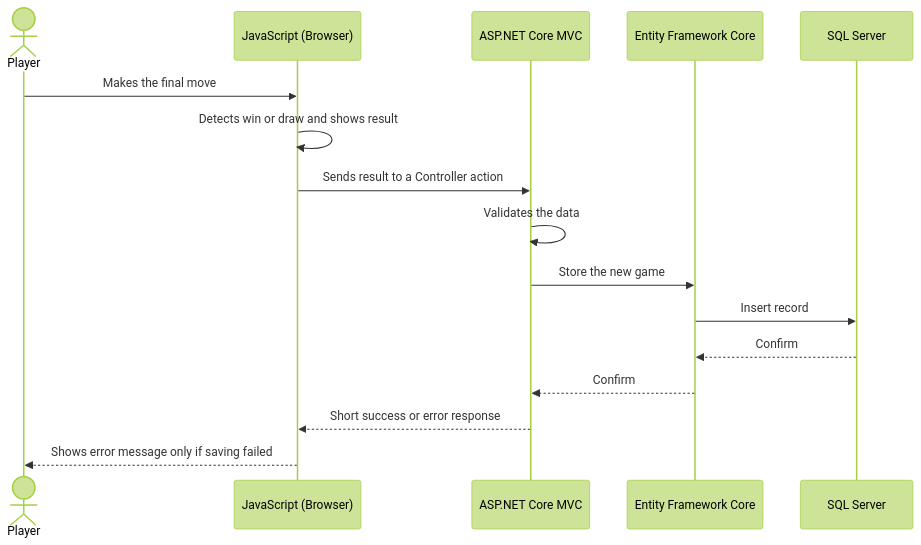
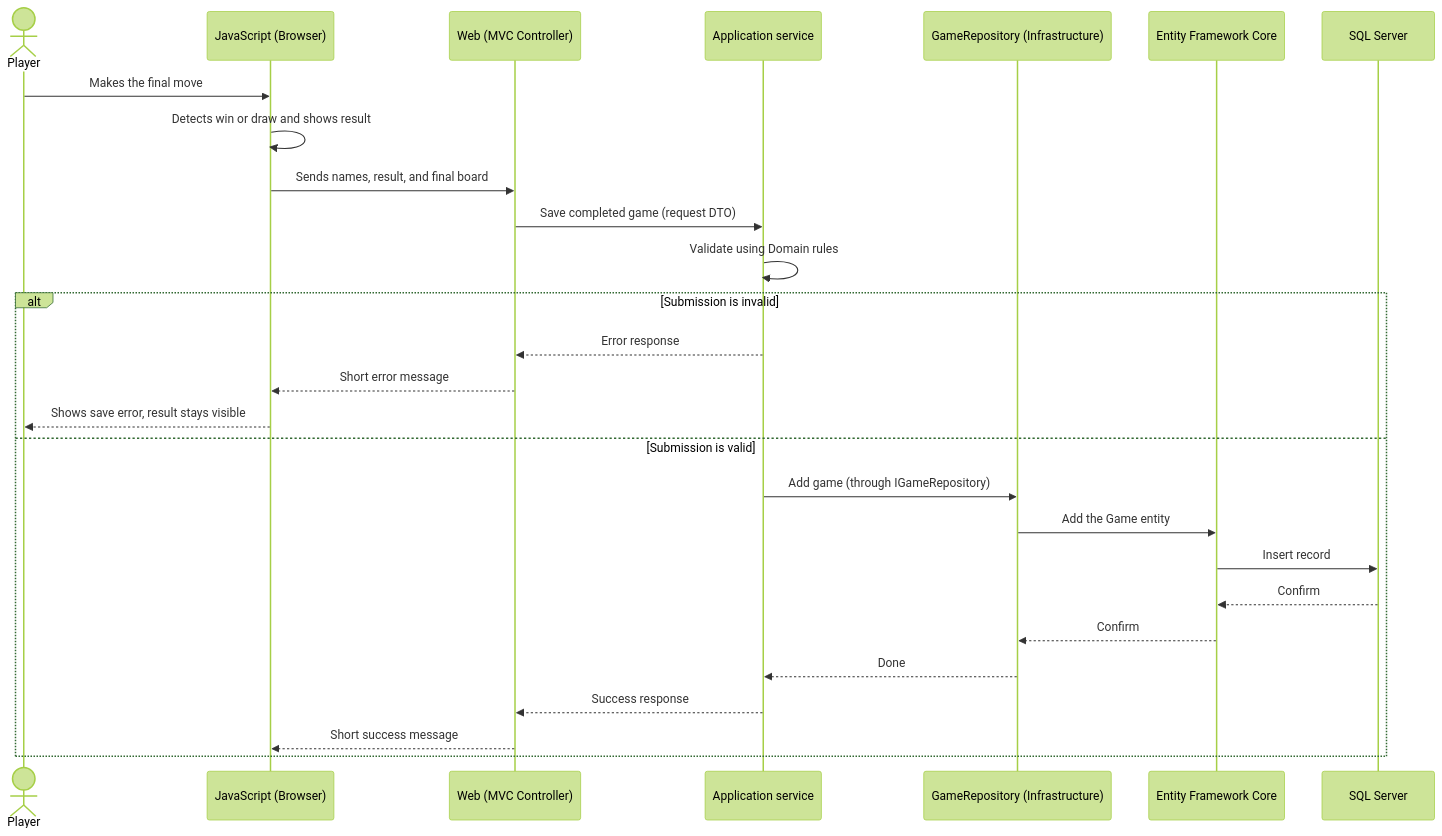
The fourth of 4 diagrams in docs/TechStack.md (phaticroman/TicTacToe), drawn with Mermaid (forest theme) before and after one commit. The commit also changed other lines of this file and 1 other file, not shown here.

````diff
--- a/docs/TechStack.md
+++ b/docs/TechStack.md
@@ -389,19 +463,30 @@
 ```mermaid
 sequenceDiagram
     actor Player
     participant JS as JavaScript (Browser)
-    participant MVC as ASP.NET Core MVC
+    participant Web as Web (MVC Controller)
+    participant App as Application service
+    participant Repo as GameRepository (Infrastructure)
     participant EF as Entity Framework Core
     participant DB as SQL Server
 
     Player->>JS: Makes the final move
     JS->>JS: Detects win or draw and shows result
-    JS->>MVC: Sends result to a Controller action
-    MVC->>MVC: Validates the data
-    MVC->>EF: Store the new game
-    EF->>DB: Insert record
-    DB-->>EF: Confirm
-    EF-->>MVC: Confirm
-    MVC-->>JS: Short success or error response
-    JS-->>Player: Shows error message only if saving failed
+    JS->>Web: Sends names, result, and final board
+    Web->>App: Save completed game (request DTO)
+    App->>App: Validate using Domain rules
+    alt Submission is invalid
+        App-->>Web: Error response
+        Web-->>JS: Short error message
+        JS-->>Player: Shows save error, result stays visible
+    else Submission is valid
+        App->>Repo: Add game (through IGameRepository)
+        Repo->>EF: Add the Game entity
+        EF->>DB: Insert record
+        DB-->>EF: Confirm
+        EF-->>Repo: Confirm
+        Repo-->>App: Done
+        App-->>Web: Success response
+        Web-->>JS: Short success message
+    end
 ```
````
